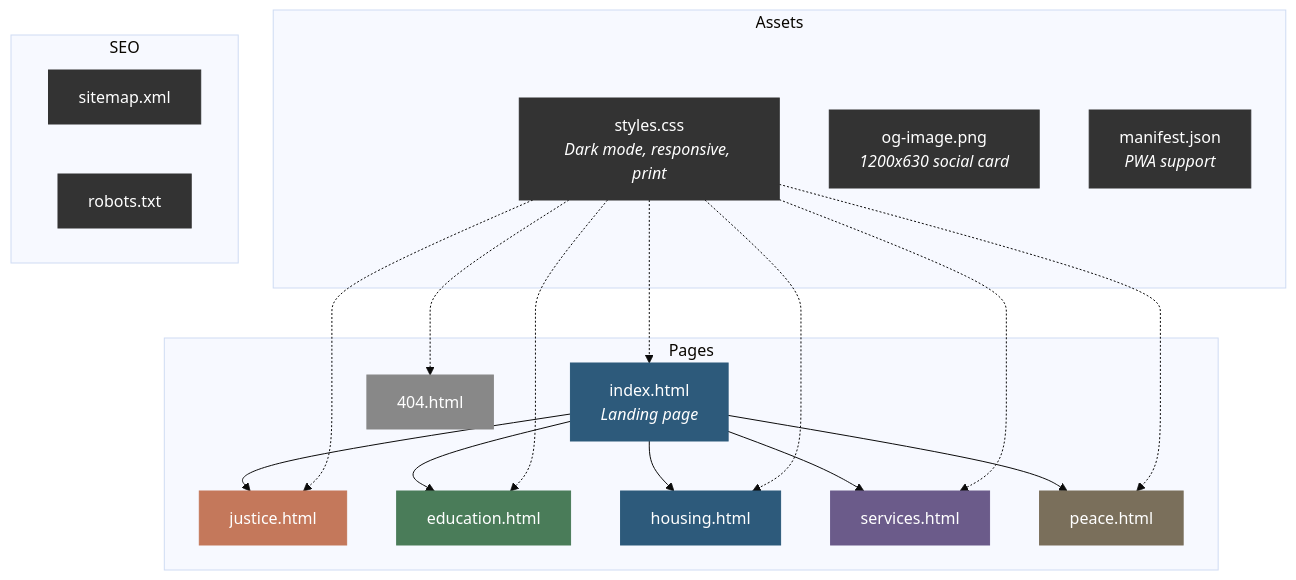
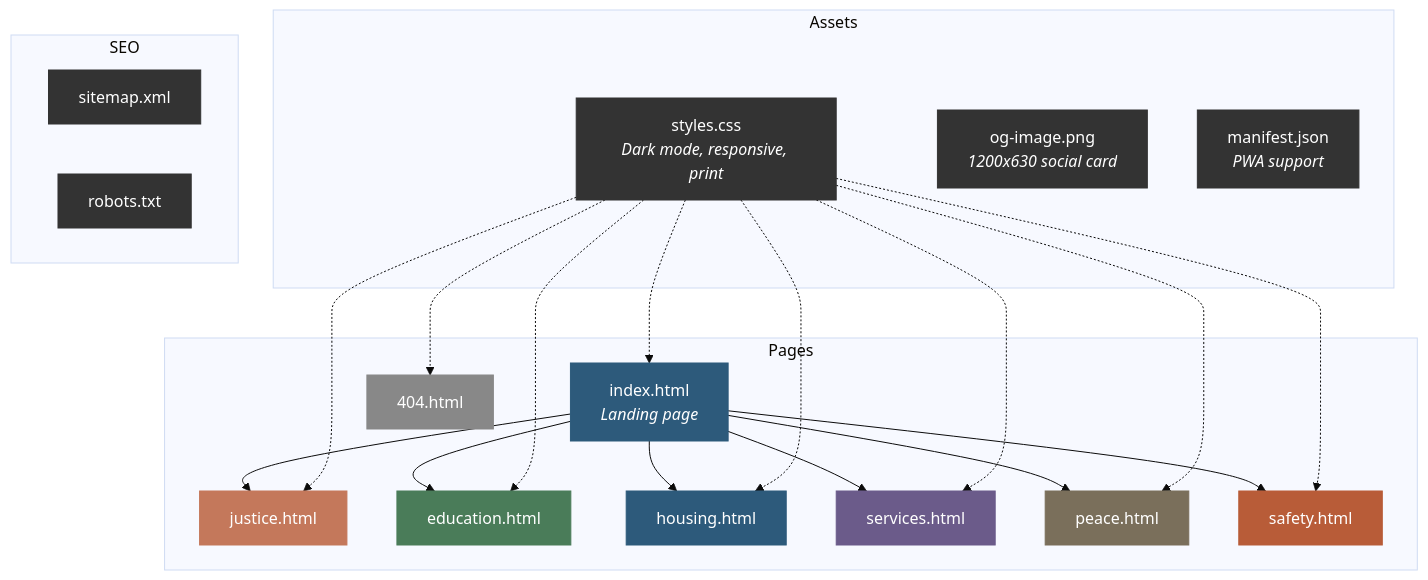
The third of 4 diagrams in README.md (dougdevitre/access-to), drawn with Mermaid (base theme) before and after one commit. The commit also changed other lines of this file and 12 other files, not shown here.

````diff
--- a/README.md
+++ b/README.md
@@ -134,39 +144,41 @@
 ```mermaid
 graph TD
     subgraph Pages
         IDX[index.html<br/><i>Landing page</i>]
         J[justice.html]
         E[education.html]
         H[housing.html]
         S[services.html]
         P[peace.html]
+        SF[safety.html]
         ERR[404.html]
     end
 
     subgraph Assets
         CSS[styles.css<br/><i>Dark mode, responsive, print</i>]
         OG[og-image.png<br/><i>1200x630 social card</i>]
         MF[manifest.json<br/><i>PWA support</i>]
     end
 
     subgraph SEO
         SM[sitemap.xml]
         RB[robots.txt]
     end
 
-    IDX --> J & E & H & S & P
-    CSS -.-> IDX & J & E & H & S & P & ERR
+    IDX --> J & E & H & S & P & SF
+    CSS -.-> IDX & J & E & H & S & P & SF & ERR
 
     style IDX fill:#2D5A7B,stroke:#2D5A7B,color:#fff
     style J fill:#C4785B,stroke:#C4785B,color:#fff
     style E fill:#4A7C59,stroke:#4A7C59,color:#fff
     style H fill:#2D5A7B,stroke:#2D5A7B,color:#fff
     style S fill:#6B5B8A,stroke:#6B5B8A,color:#fff
     style P fill:#7A6F5B,stroke:#7A6F5B,color:#fff
+    style SF fill:#B85C38,stroke:#B85C38,color:#fff
     style ERR fill:#888,stroke:#888,color:#fff
     style CSS fill:#333,stroke:#333,color:#fff
     style OG fill:#333,stroke:#333,color:#fff
     style MF fill:#333,stroke:#333,color:#fff
     style SM fill:#333,stroke:#333,color:#fff
     style RB fill:#333,stroke:#333,color:#fff
 ```
````
